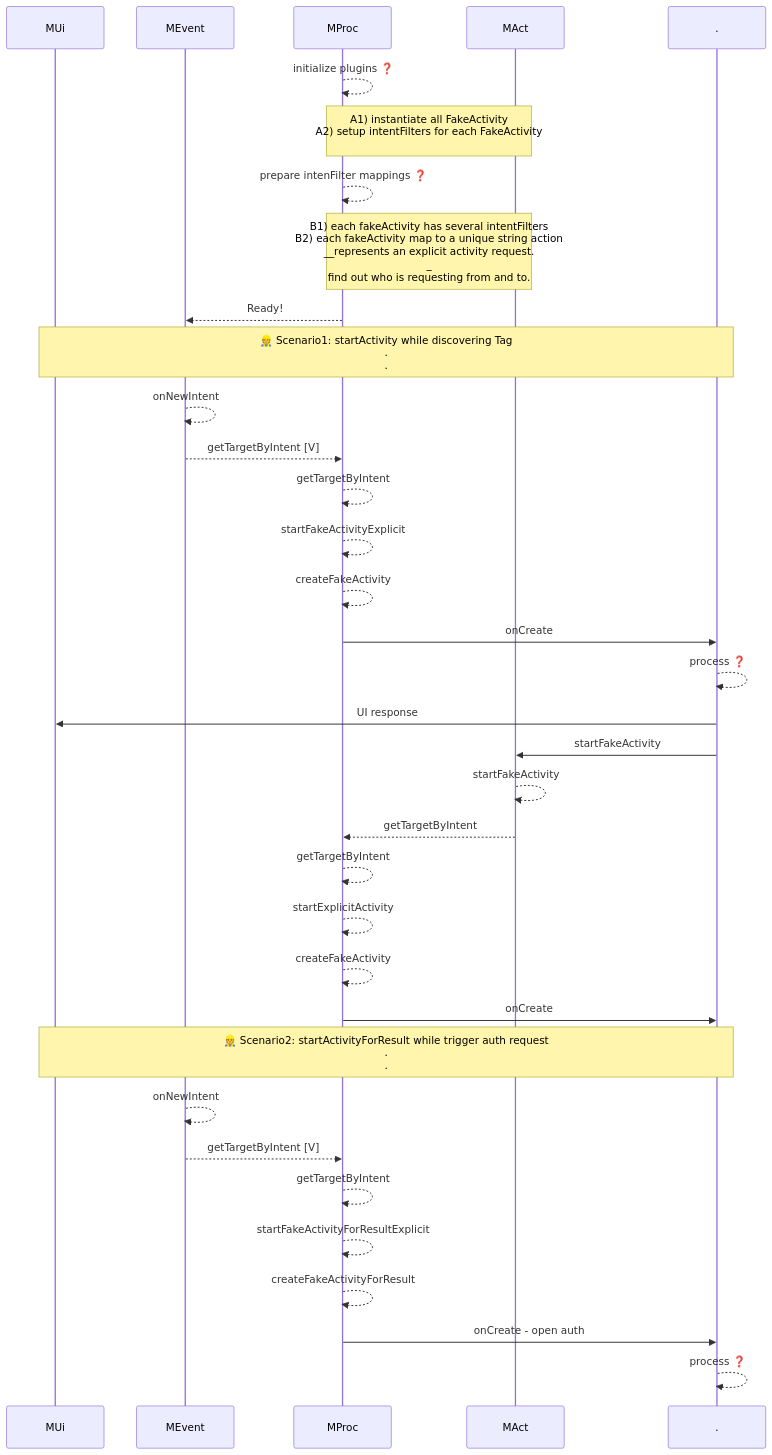
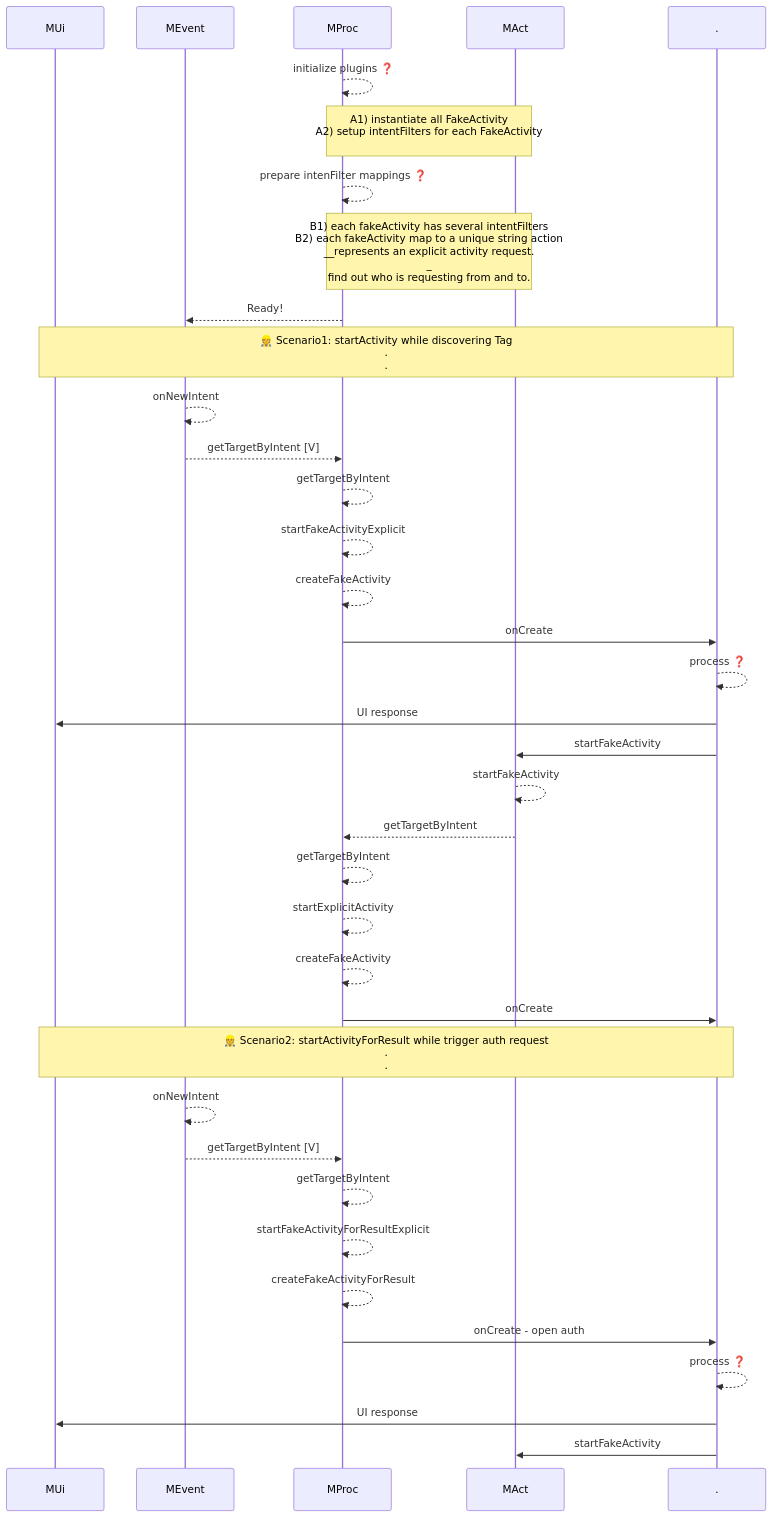
One commit to gordianknotC/nxp_note changed the third of 7 diagrams in flutter/android_to_flutter.md. Above: the diagram before and after it, drawn with Mermaid. The commit also changed other lines of this file, not shown here.

````diff
--- a/flutter/android_to_flutter.md
+++ b/flutter/android_to_flutter.md
@@ -52,49 +52,50 @@
 ```mermaid
 sequenceDiagram
 participant MUi
 participant MEvent
 participant MProc
 participant MAct
 participant .
 
 MProc-->>MProc: initialize plugins ❓
 Note over MProc,MAct: A1) instantiate all FakeActivity<br>A2) setup intentFilters for each FakeActivity<br>
 
 MProc-->>MProc: prepare intenFilter mappings ❓
 
 Note over MProc, MAct: B1) each fakeActivity has several intentFilters<br>B2) each fakeActivity map to a unique string action<br>__represents an explicit activity request.<br>_<br> find out who is requesting from and to.
 
 MProc-->>MEvent: Ready!
 
 
 Note over MUi, .: 👷 Scenario1: startActivity while discovering Tag<br>.<br>.
 MEvent-->>MEvent: onNewIntent
 
 MEvent-->>MProc: getTargetByIntent [V]
 MProc-->>MProc: getTargetByIntent
 MProc-->>MProc: startFakeActivityExplicit
 MProc-->>MProc: createFakeActivity
 MProc->> . : onCreate
 . -->> . : process ❓
 . ->> MUi: UI response
 . ->> MAct: startFakeActivity
 MAct -->> MAct: startFakeActivity
 MAct -->> MProc: getTargetByIntent
 MProc -->> MProc: getTargetByIntent
 MProc -->> MProc: startExplicitActivity
 MProc -->> MProc: createFakeActivity
 MProc ->> . : onCreate
 
 
 Note over MUi, .: 👷 Scenario2: startActivityForResult while trigger auth request<br>.<br>.
 MEvent-->>MEvent: onNewIntent
 MEvent-->>MProc: getTargetByIntent [V]
 MProc-->>MProc: getTargetByIntent
 MProc-->>MProc: startFakeActivityForResultExplicit
 MProc-->>MProc: createFakeActivityForResult
 MProc->> . : onCreate - open auth
 . -->> . : process ❓
-
+. ->> MUi: UI response
+. ->> MAct: startFakeActivity
 
 
 ```
````
